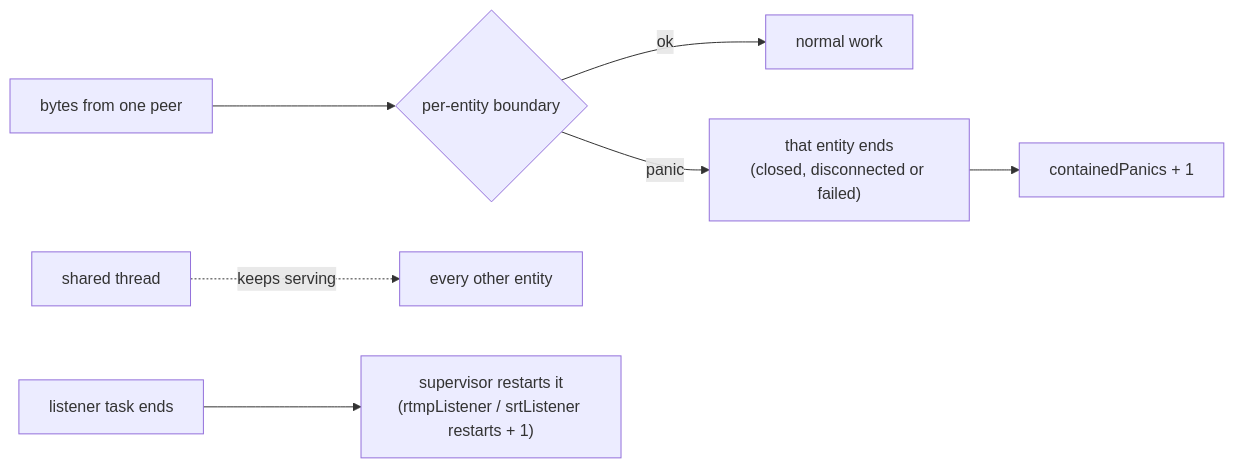
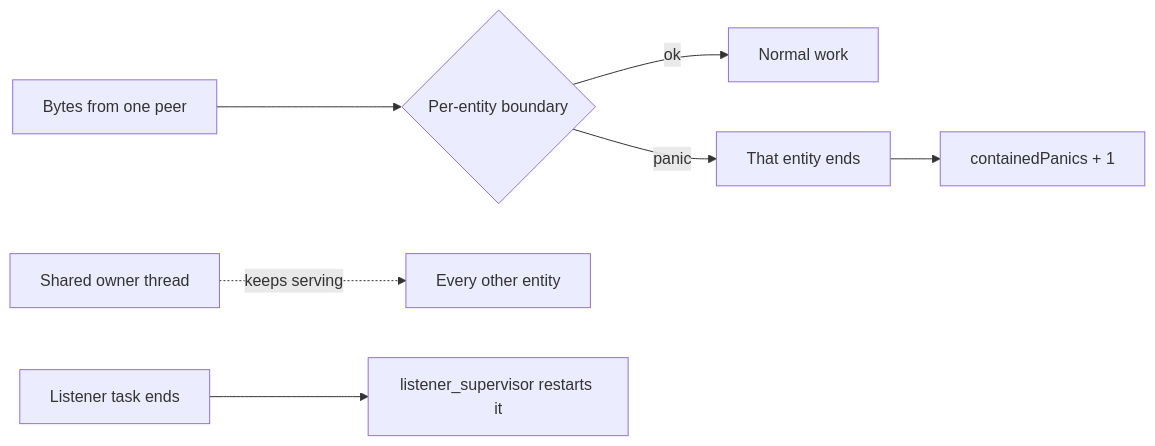
The fifth of 6 diagrams in docs/architecture.md (krsna1729/restream), drawn with Mermaid before and after one commit. The commit also changed other lines of this file and 26 other files, not shown here.

First line of the commit message:
docs: rewrite every page against current source, with diagrams (#372)

````diff
--- a/docs/architecture.md
+++ b/docs/architecture.md
@@ -361,9 +352,9 @@
 ```mermaid
 flowchart LR
-  P["bytes from one peer"] --> B{"per-entity boundary"}
-  B -- ok --> W["normal work"]
-  B -- panic --> E["that entity ends<br/>(closed, disconnected or failed)"]
-  E --> C["containedPanics + 1"]
-  T["shared thread"] -. keeps serving .-> O["every other entity"]
-  L["listener task ends"] --> S["supervisor restarts it<br/>(rtmpListener / srtListener restarts + 1)"]
+    Bytes["Bytes from one peer"] --> Boundary{"Per-entity boundary"}
+    Boundary -- ok --> Work["Normal work"]
+    Boundary -- panic --> End["That entity ends"]
+    End --> Count["containedPanics + 1"]
+    Shared["Shared owner thread"] -. keeps serving .-> Others["Every other entity"]
+    Listener["Listener task ends"] --> Supervisor["listener_supervisor restarts it"]
 ```
````
